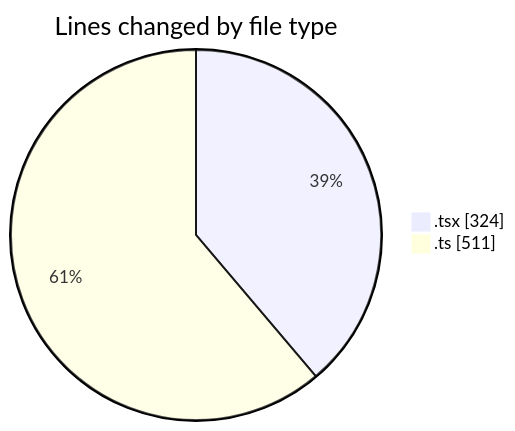
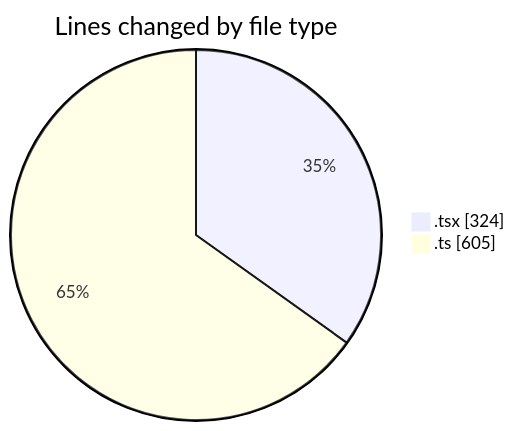
Before and after one commit to julien-gomy/code-tracking: the first of 2 diagrams in 2025-10-20/eventscop-frontend-guide__workspace_/README.md, drawn with Mermaid. The commit also changed other lines of this file and 1 other file, not shown here.

````diff
--- a/2025-10-20/eventscop-frontend-guide__workspace_/README.md
+++ b/2025-10-20/eventscop-frontend-guide__workspace_/README.md
@@ -27,6 +28,6 @@
 ```mermaid
 pie showData
 title Lines changed by file type
 ".tsx" : 324
-".ts" : 511
+".ts" : 605
 ```
````
